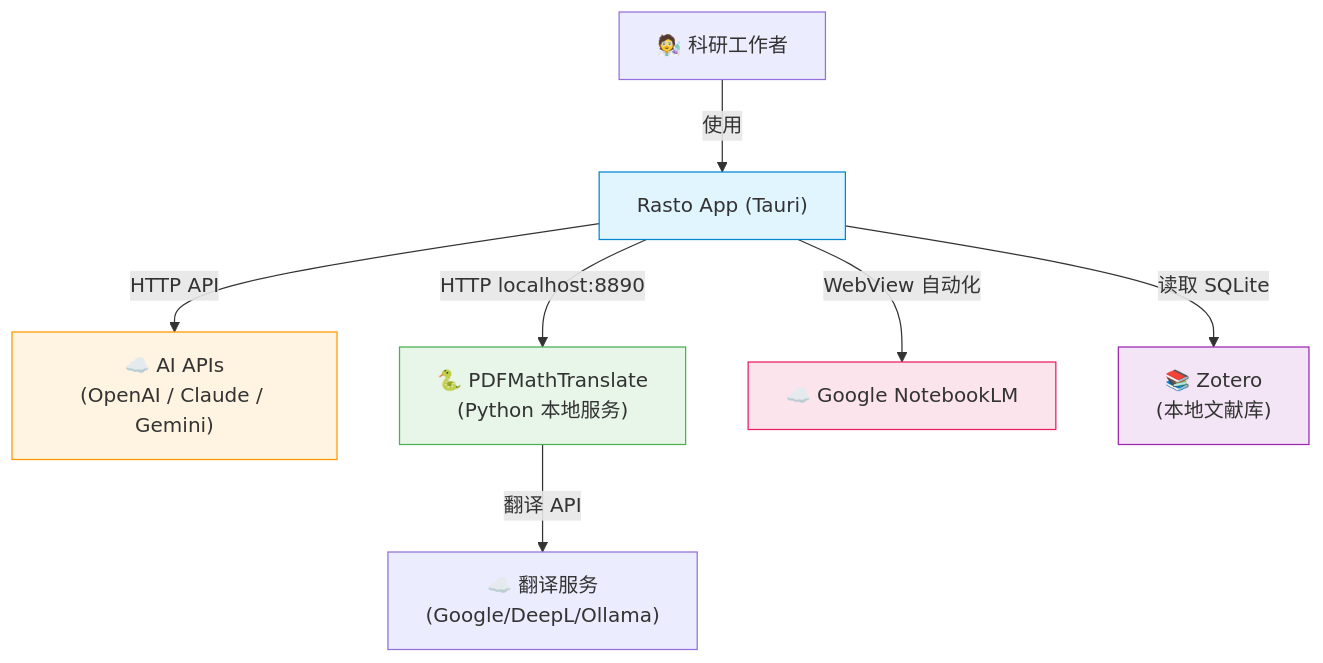
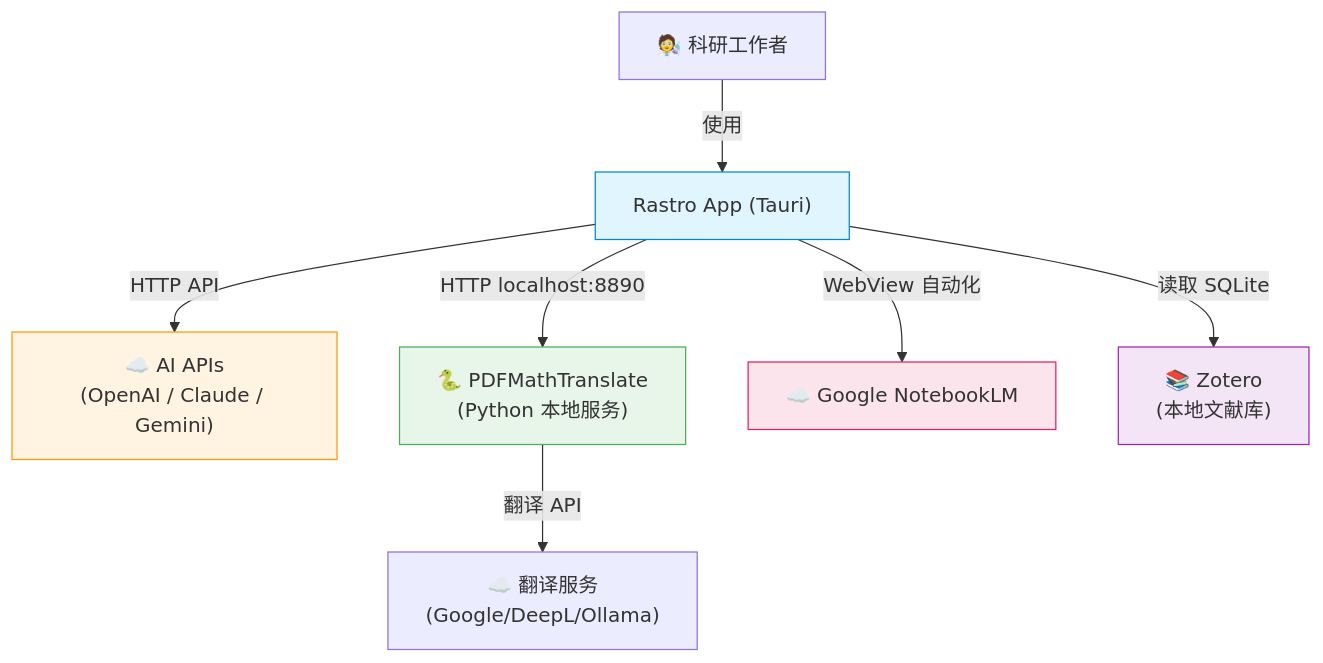
One commit to xkkabishou/rastro changed the first of 2 diagrams in genesis/v1/02_ARCHITECTURE_OVERVIEW.md. Above: the diagram before and after it, drawn with Mermaid. The commit also changed other lines of this file and 101 other files, not shown here.

````diff
--- a/genesis/v1/02_ARCHITECTURE_OVERVIEW.md
+++ b/genesis/v1/02_ARCHITECTURE_OVERVIEW.md
@@ -13,15 +13,15 @@
 ```mermaid
 graph TD
-    User["🧑‍🔬 科研工作者"] -->|使用| App["Rasto App (Tauri)"]
+    User["🧑‍🔬 科研工作者"] -->|使用| App["Rastro App (Tauri)"]
     App -->|HTTP API| AI["☁️ AI APIs<br/>(OpenAI / Claude / Gemini)"]
     App -->|HTTP localhost:8890| PMT["🐍 PDFMathTranslate<br/>(Python 本地服务)"]
     App -->|WebView 自动化| NLM["☁️ Google NotebookLM"]
     App -->|读取 SQLite| Zotero["📚 Zotero<br/>(本地文献库)"]
     PMT -->|翻译 API| TransAPI["☁️ 翻译服务<br/>(Google/DeepL/Ollama)"]
 
     style App fill:#e1f5ff,stroke:#0288d1
     style AI fill:#fff4e1,stroke:#ff9800
     style PMT fill:#e8f5e9,stroke:#4caf50
     style NLM fill:#fce4ec,stroke:#e91e63
     style Zotero fill:#f3e5f5,stroke:#9c27b0
 ```
````
